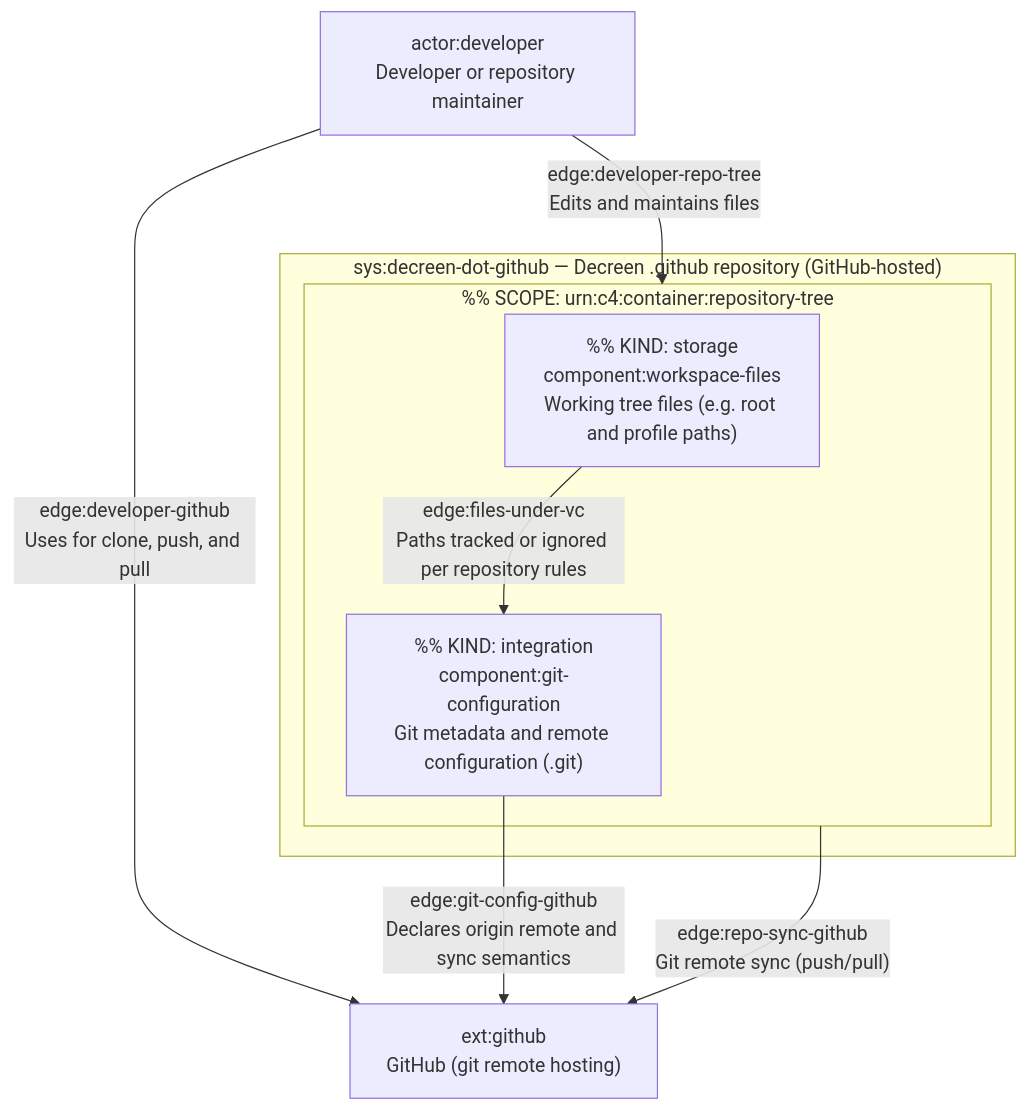
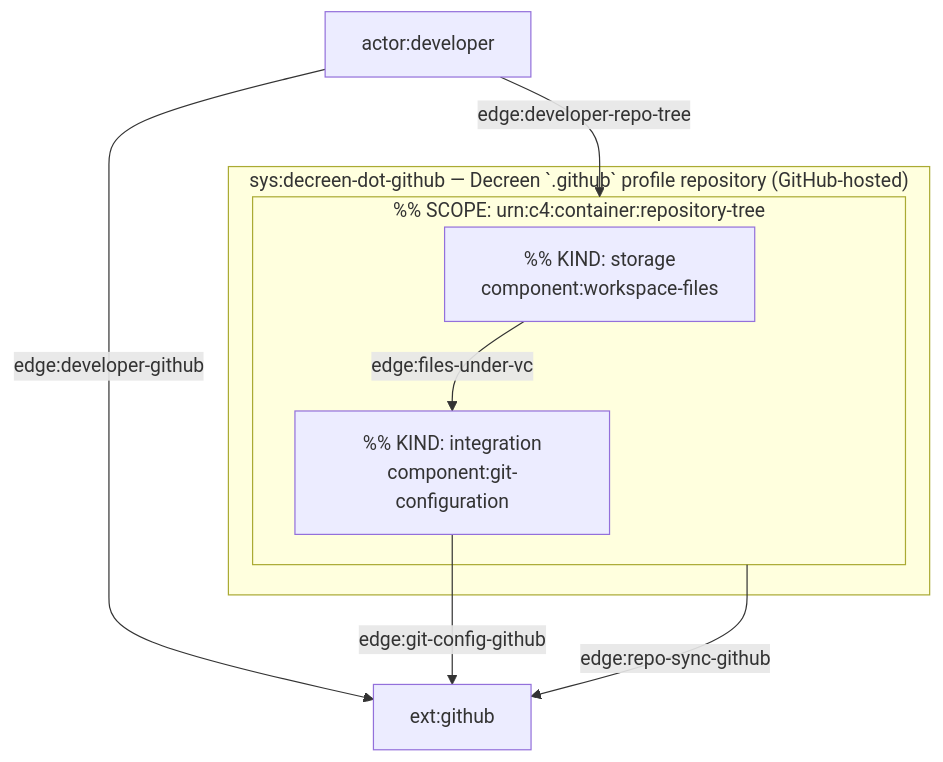
Before and after one commit to Decreen/.github: the diagram in docs/c4-live.mermaid.md, drawn with Mermaid. The commit also changed other lines of this file and 3 other files, not shown here.

Commit message:
feat(c4): Pass 4 final Mermaid render and system label refinement

````diff
--- a/docs/c4-live.mermaid.md
+++ b/docs/c4-live.mermaid.md
@@ -5,16 +5,16 @@
 ```mermaid
 flowchart TB
-  subgraph sys_decreen["sys:decreen-dot-github — Decreen .github repository (GitHub-hosted)"]
+  subgraph sys_decreen["sys:decreen-dot-github — Decreen `.github` profile repository (GitHub-hosted)"]
     subgraph container_repo["%% SCOPE: urn:c4:container:repository-tree"]
-      comp_files["%% KIND: storage<br/>component:workspace-files<br/>Working tree files (e.g. root and profile paths)"]
-      comp_git["%% KIND: integration<br/>component:git-configuration<br/>Git metadata and remote configuration (.git)"]
-      comp_files -->|"edge:files-under-vc<br/>Paths tracked or ignored per repository rules"| comp_git
+      comp_files["%% KIND: storage<br/>component:workspace-files"]
+      comp_git["%% KIND: integration<br/>component:git-configuration"]
+      comp_files -->|"edge:files-under-vc"| comp_git
     end
   end
-  actor_developer["actor:developer<br/>Developer or repository maintainer"]
-  ext_github["ext:github<br/>GitHub (git remote hosting)"]
-  actor_developer -->|"edge:developer-github<br/>Uses for clone, push, and pull"| ext_github
-  actor_developer -->|"edge:developer-repo-tree<br/>Edits and maintains files"| container_repo
-  comp_git -->|"edge:git-config-github<br/>Declares origin remote and sync semantics"| ext_github
-  container_repo -->|"edge:repo-sync-github<br/>Git remote sync (push/pull)"| ext_github
+  actor_developer["actor:developer"]
+  ext_github["ext:github"]
+  actor_developer -->|"edge:developer-github"| ext_github
+  actor_developer -->|"edge:developer-repo-tree"| container_repo
+  container_repo -->|"edge:repo-sync-github"| ext_github
+  comp_git -->|"edge:git-config-github"| ext_github
 ```
````
